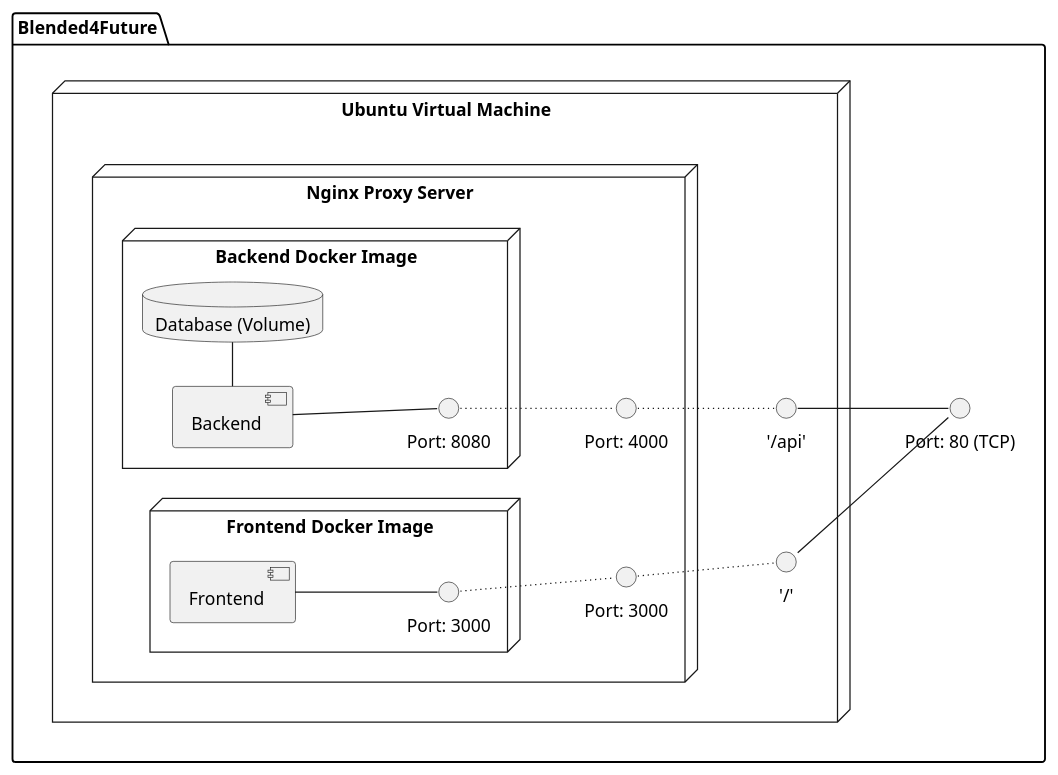
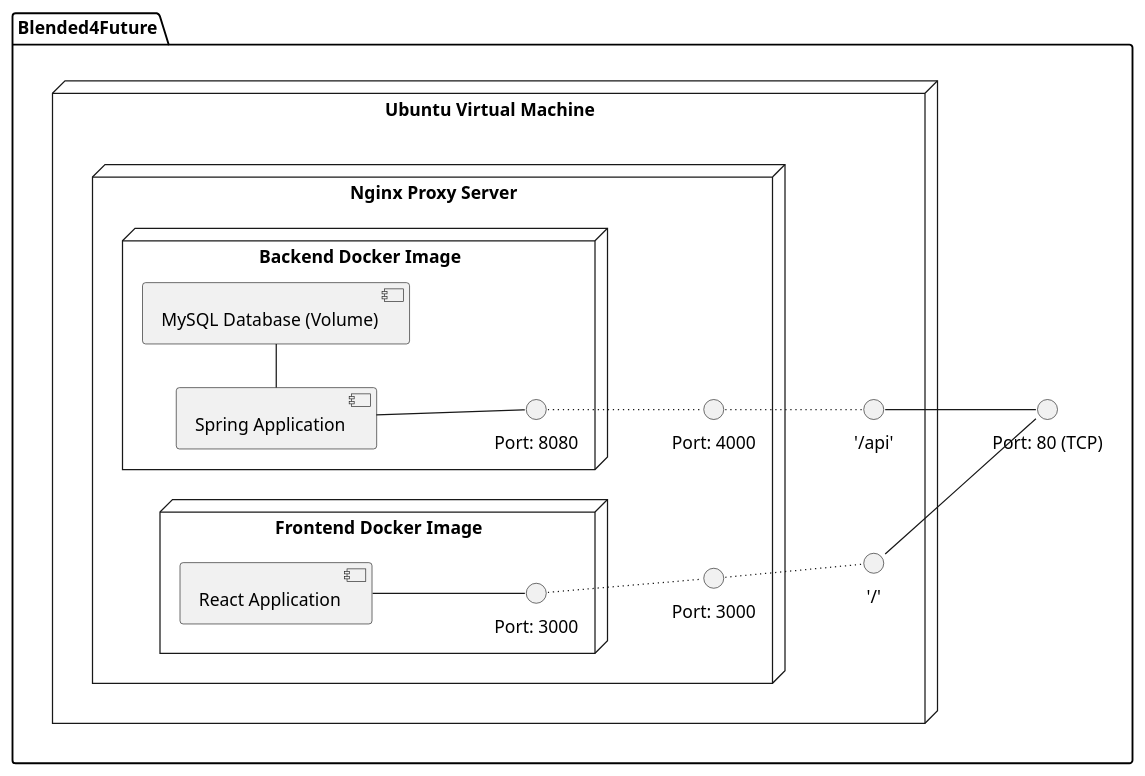
Before and after one commit to crodrigos/pesti-report: the diagram in capitulos/cap3-analisedoproblema/assets/arquiteturasistema/physical/l4.puml, drawn with PlantUML. The commit also changed 12 other files, not shown here.

Commit message:
Diagramas Logicos adicionados

```diff
--- a/capitulos/cap3-analisedoproblema/assets/arquiteturasistema/physical/l4.puml
+++ b/capitulos/cap3-analisedoproblema/assets/arquiteturasistema/physical/l4.puml
@@ -1,46 +1,46 @@
 @startuml physical_l4
 
 left to right direction
 
 package Blended4Future {
 
     interface tcp_int as "Port: 80 (TCP)"
     node vtm as "Ubuntu Virtual Machine" {
 
         interface nginx_backend as "'/api'"
         interface nginx_frontend as "'/'"
 
         node nginx as "Nginx Proxy Server" {
 
             node frontend_docker as "Frontend Docker Image" {
-                component frontend as "Frontend"
+                component frontend as "React Application"
                 interface frontend_interface as "Port: 3000"
                 frontend -d- frontend_interface
             }
             interface frontend_docker_int as "Port: 3000"
             
             interface backend_docker_int as "Port: 4000"
             node backend_docker as "Backend Docker Image" {
-                database db as "Database (Volume)"
-                component backend as "Backend"
+                component db as "MySQL Database (Volume)"
+                component backend as "Spring Application"
                 interface backend_interface as "Port: 8080"
                 db -l- backend
                 backend -d- backend_interface
             }
 
             backend_interface -d[dotted]- backend_docker_int
             frontend_interface -d[dotted]- frontend_docker_int
 
             frontend_docker_int -[dotted]- nginx_frontend
             backend_docker_int -[dotted]- nginx_backend
         }
         
         nginx_backend -- tcp_int
         nginx_frontend -- tcp_int
         
     }
     vtm -[hidden]- tcp_int
 
 }
 
 @enduml
```
